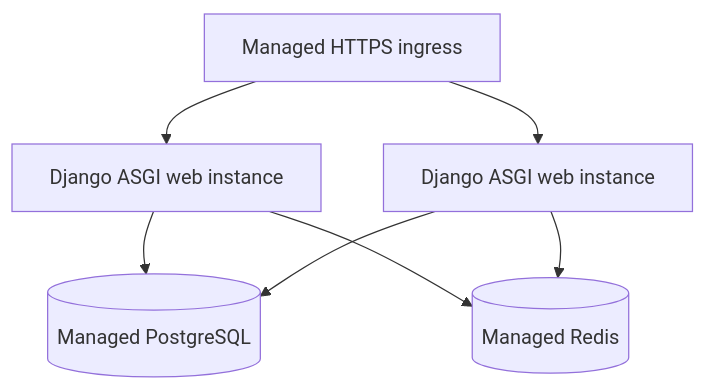
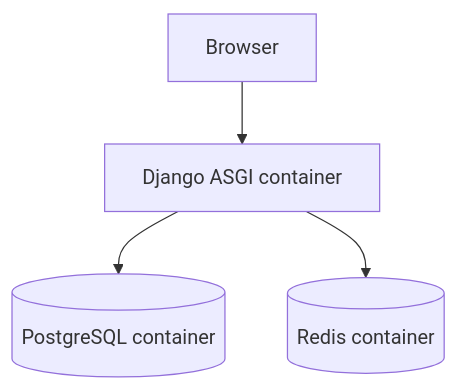
The fourth of 4 diagrams in _docs/architecture.md (SaraSun01/retro-signal), drawn with Mermaid before and after one commit. The commit also changed other lines of this file, not shown here.

````diff
--- a/_docs/architecture.md
+++ b/_docs/architecture.md
@@ -530,15 +530,11 @@
 ```mermaid
 flowchart TB
-    Proxy[Managed HTTPS ingress]
-    Web1[Django ASGI web instance]
-    Web2[Django ASGI web instance]
-    Redis[(Managed Redis)]
-    Postgres[(Managed PostgreSQL)]
+    Browser[Browser]
+    Web[Django ASGI container]
+    Redis[(Redis container)]
+    Postgres[(PostgreSQL container)]
 
-    Proxy --> Web1
-    Proxy --> Web2
-    Web1 --> Postgres
-    Web2 --> Postgres
-    Web1 --> Redis
-    Web2 --> Redis
+    Browser --> Web
+    Web --> Postgres
+    Web --> Redis
 ```
````
